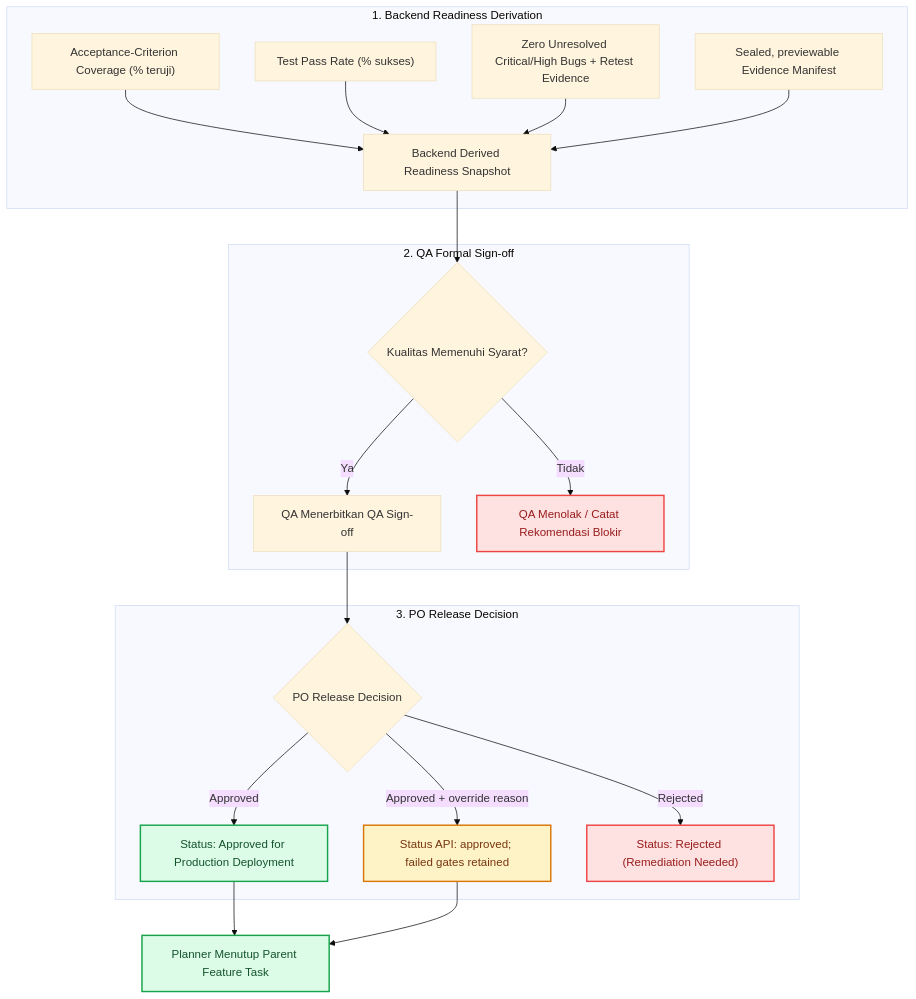
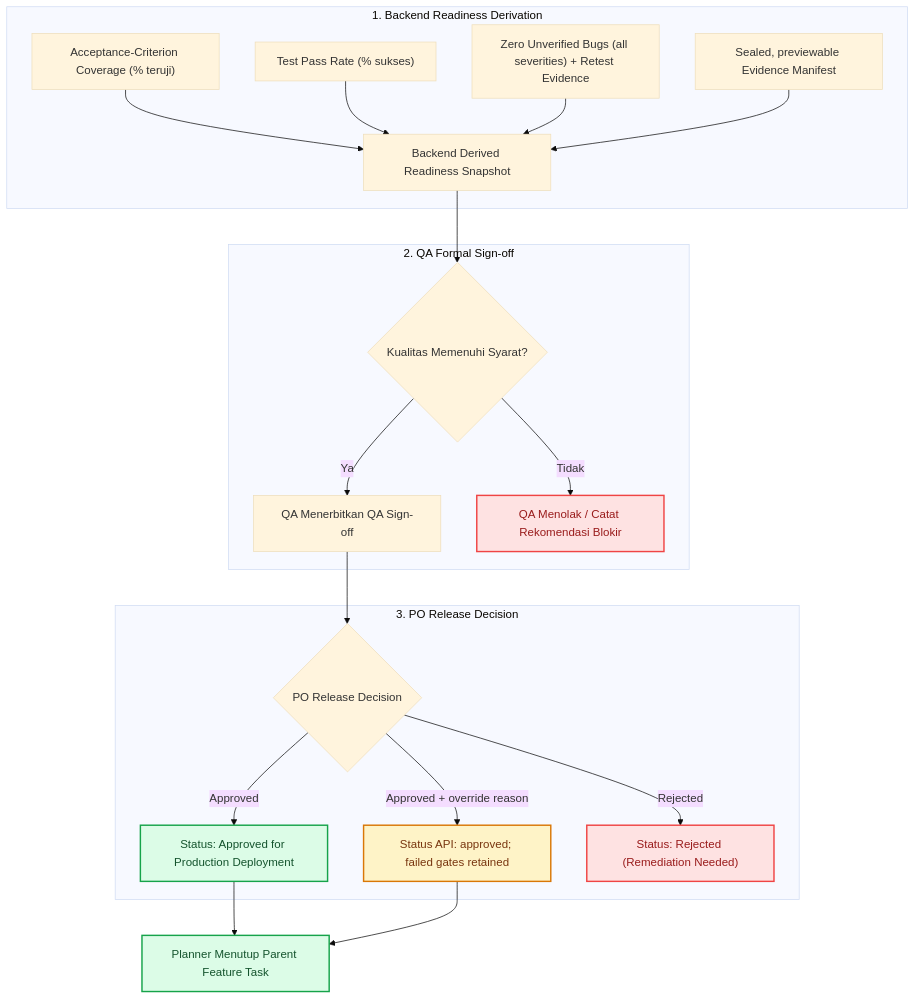
One commit to oneilreyand/qlickhub changed the eighth of 8 diagrams in docs/2_WORKFLOW_AND_ROLES.md. Above: the diagram before and after it, drawn with Mermaid (base theme). The commit also changed 13 other files, not shown here.

First line of the commit message:
feat(release): unverified_bugs gate counts every severity (A2, ADR-031 D3)

````diff
--- a/docs/2_WORKFLOW_AND_ROLES.md
+++ b/docs/2_WORKFLOW_AND_ROLES.md
@@ -365,37 +365,37 @@
 ```mermaid
 graph TD
     subgraph DataDerivation["1. Backend Readiness Derivation"]
         ReqCoverage["Acceptance-Criterion Coverage (% teruji)"]
         TestPassRate["Test Pass Rate (% sukses)"]
-        OpenBugs["Zero Unresolved Critical/High Bugs + Retest Evidence"]
+        OpenBugs["Zero Unverified Bugs (all severities) + Retest Evidence"]
         Evidence["Sealed, previewable Evidence Manifest"]
         ReqCoverage --> Calc["Backend Derived Readiness Snapshot"]
         TestPassRate --> Calc
         OpenBugs --> Calc
         Evidence --> Calc
     end
 
     subgraph QASignoffBlock["2. QA Formal Sign-off"]
         Calc --> QAEval{"Kualitas Memenuhi Syarat?"}
         QAEval -- "Ya" --> QASubmit["QA Menerbitkan QA Sign-off"]
         QAEval -- "Tidak" --> QABlock["QA Menolak / Catat Rekomendasi Blokir"]
     end
 
     subgraph PODecisionBlock["3. PO Release Decision"]
         QASubmit --> POAction{"PO Release Decision"}
         POAction -->|"Approved"| RelApproved["Status: Approved for Production Deployment"]
         POAction -->|"Approved + override reason"| RelOverride["Status API: approved; failed gates retained"]
         POAction -->|"Rejected"| RelRejected["Status: Rejected (Remediation Needed)"]
     end
 
     RelApproved --> CloseParentTask["Planner Menutup Parent Feature Task"]
     RelOverride --> CloseParentTask
 
     classDef pass fill:#DCFCE7,stroke:#16A34A,stroke-width:2px,color:#14532D;
     classDef warn fill:#FEF3C7,stroke:#D97706,stroke-width:2px,color:#78350F;
     classDef fail fill:#FEE2E2,stroke:#EF4444,stroke-width:2px,color:#991B1B;
 
     class RelApproved,CloseParentTask pass;
     class RelOverride warn;
     class RelRejected,QABlock fail;
 ```
````
